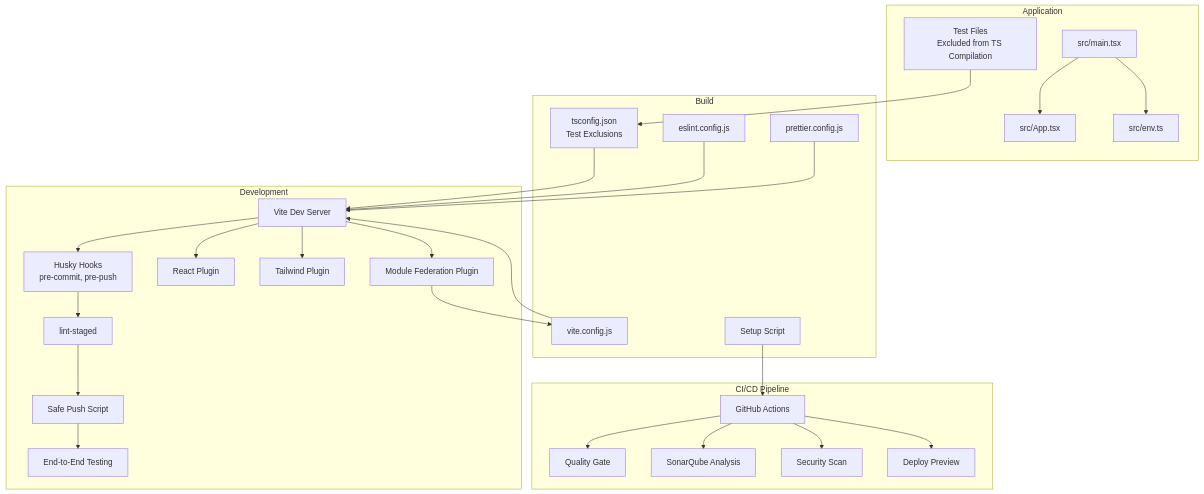
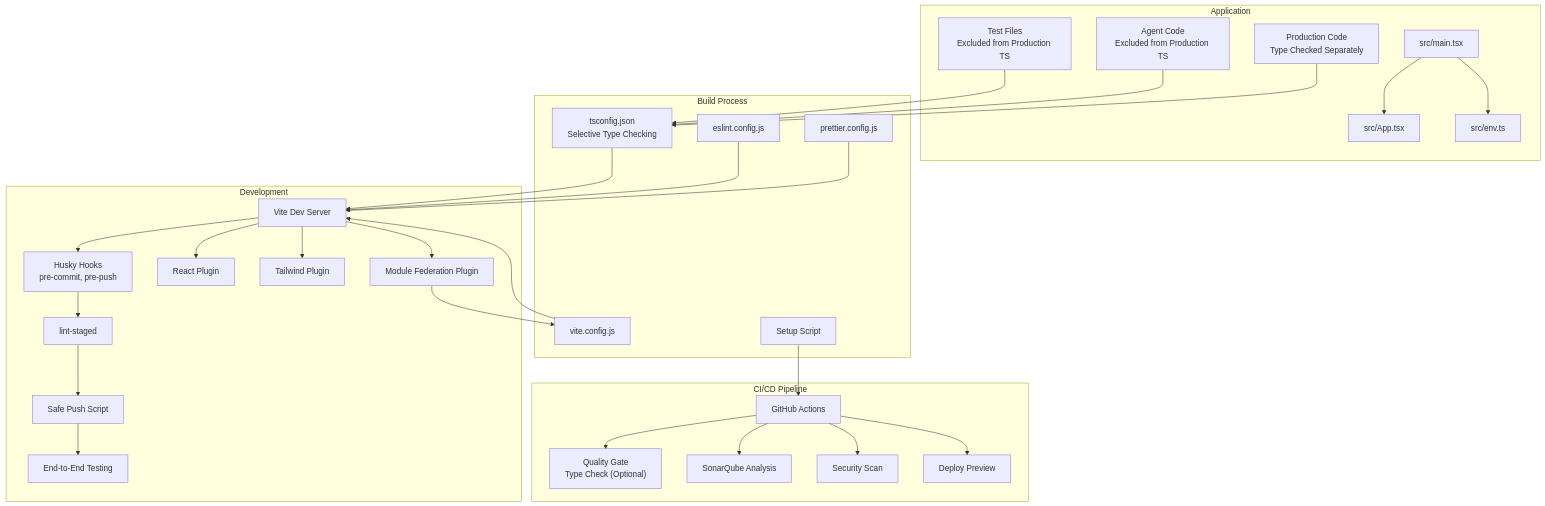
Before and after one commit to DoVuDung/cv-portfolio-builder: the second of 11 diagrams in .qoder/repowiki/en/content/Core Architecture/Build Configuration/Build Configuration.md, drawn with Mermaid. The commit also changed other lines of this file and 6 other files, not shown here.

First line of the commit message:
chore(docs): update AI Agent System and build configuration docs

````diff
--- a/.qoder/repowiki/en/content/Core Architecture/Build Configuration/Build Configuration.md
+++ b/.qoder/repowiki/en/content/Core Architecture/Build Configuration/Build Configuration.md
@@ -152,53 +164,57 @@
 ```mermaid
 graph TB
 subgraph "Development"
 V["Vite Dev Server"]
 MF["Module Federation Plugin"]
 R["React Plugin"]
 T["Tailwind Plugin"]
 HC["Husky Hooks<br/>pre-commit, pre-push"]
 LS["lint-staged"]
 SP["Safe Push Script"]
 END["End-to-End Testing"]
 end
 subgraph "Application"
 M["src/main.tsx"]
 A["src/App.tsx"]
 E["src/env.ts"]
-TEST["Test Files<br/>Excluded from TS Compilation"]
+TEST["Test Files<br/>Excluded from Production TS"]
+AGENT["Agent Code<br/>Excluded from Production TS"]
+PROD["Production Code<br/>Type Checked Separately"]
 end
 subgraph "CI/CD Pipeline"
 GA["GitHub Actions"]
-QG["Quality Gate"]
+QG["Quality Gate<br/>Type Check (Optional)"]
 SQ["SonarQube Analysis"]
 SS["Security Scan"]
 DP["Deploy Preview"]
 end
-subgraph "Build"
+subgraph "Build Process"
 VC["vite.config.js"]
-TC["tsconfig.json<br/>Test Exclusions"]
+TC["tsconfig.json<br/>Selective Type Checking"]
 EC["eslint.config.js"]
 PC["prettier.config.js"]
 SC["Setup Script"]
 end
 V --> R
 V --> T
 V --> MF
 V --> HC
 HC --> LS
 LS --> SP
 SP --> END
 VC --> V
 TC --> V
 EC --> V
 PC --> V
 SC --> GA
 GA --> QG
 GA --> SQ
 GA --> SS
 GA --> DP
 MF --> VC
 M --> A
 M --> E
 TEST --> TC
+AGENT --> TC
+PROD --> TC
 ```
````
